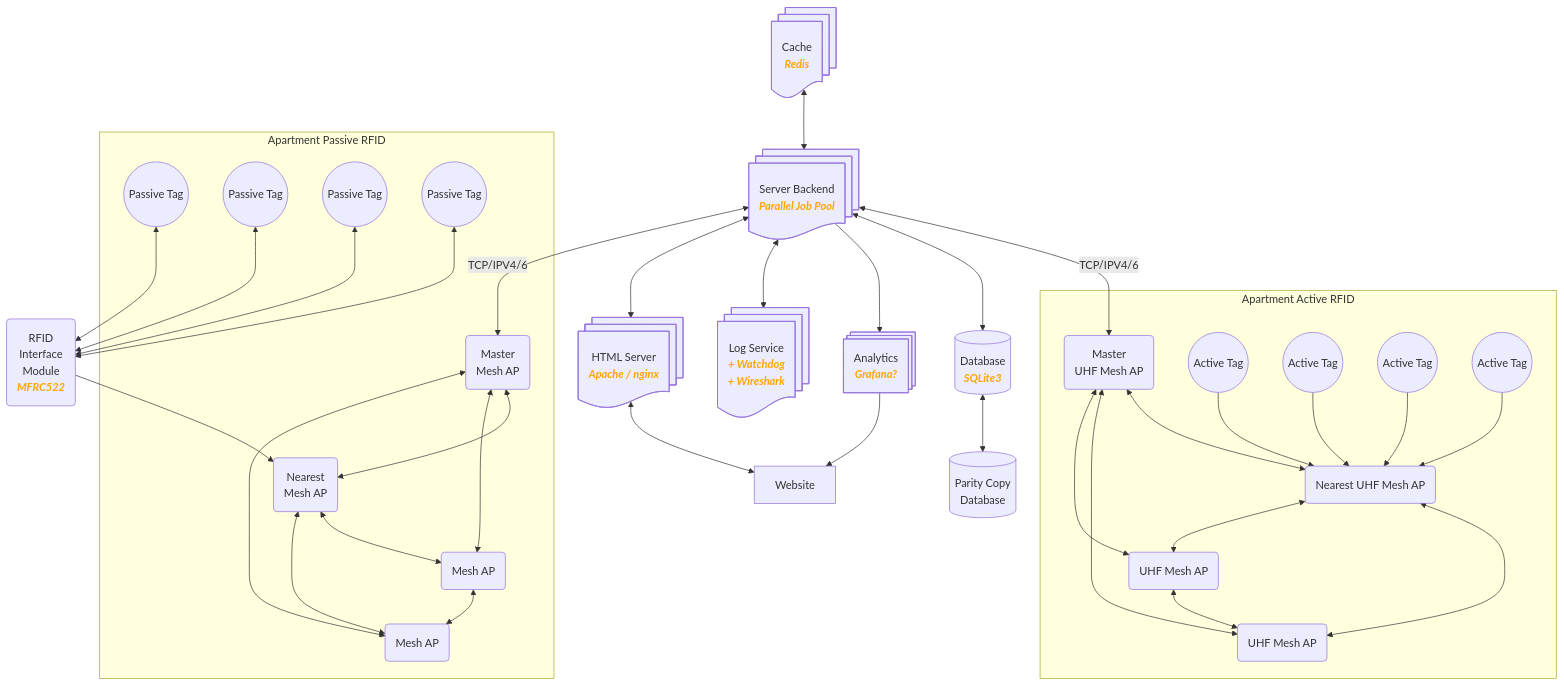
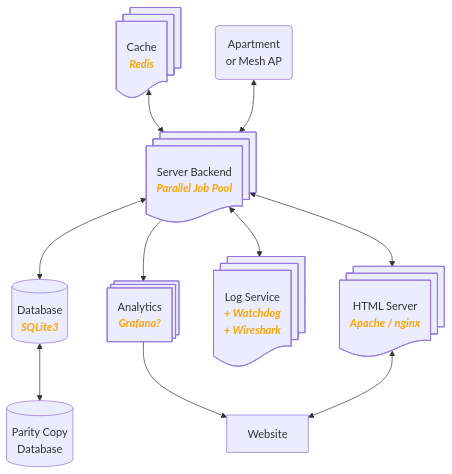
One commit to Rackhamn/iot_arch_project1 changed the first of 7 diagrams in README.md. Above: the diagram before and after it, drawn with Mermaid.

Commit message:
Split Apartments from Server Arch

````diff
--- a/README.md
+++ b/README.md
@@ -51,61 +51,16 @@
 ```mermaid
 graph TD
     ServerCache@{ shape: docs, label: "Cache<br/><p style="color: orange;"><b><i>Redis</i></b></p>" } <--> Server
-    Server@{ shape: docs, label: "Server Backend<br/><p style="color: orange;"><b><i>Parallel Job Pool</i></b></p>" } <--> |TCP/IPV4/6| Master
-    Server <--> |TCP/IPV4/6| Master2
+    Server@{ shape: docs, label: "Server Backend<br/><p style="color: orange;"><b><i>Parallel Job Pool</i></b></p>" }
     Server <--> DB@{ shape: cyl, label: "Database<br/><p style="color: orange;"><b><i>SQLite3</i></b></p>" }
     Server --> Anal@{ shape: processes, label: "Analytics<br/><p style="color: orange;"><b><i>Grafana?</i></b></p>" }
     DB <--> BD2@{ shape: cyl, label: "Parity Copy<br/>Database" }
 
     Anal --> Website[Website]
     %% Website <--> User@{ shape: hex, label: "User<br/><p style="color: orange;"><b><i>APT Owner</i></b></p>"}
 
     Server <--> Logger@{ shape: docs, label: "Log Service<br/><p style="color: orange;"><b><i>+ Watchdog<br/>+ Wireshark</i></b></p>" }
     Server <--> ServerHTML@{ shape: docs, label: "HTML Server<br/><p style="color: orange;"><b><i>Apache / nginx</i></b></p>" }
     ServerHTML <--> Website
-    
-    Master <--> MESH_AP1(Nearest UHF Mesh AP)
-    Master <--> MESH_AP2(UHF Mesh AP)
-    Master <--> MESH_AP3(UHF Mesh AP)
-    MESH_AP1 <--> MESH_AP2
-    MESH_AP1 <--> MESH_AP3
-    MESH_AP3 <--> MESH_AP2
-    A1((Active Tag)) --> MESH_AP1
-    A2((Active Tag)) --> MESH_AP1
-    A3((Active Tag)) --> MESH_AP1
-    A4((Active Tag)) --> MESH_AP1
-    subgraph Apartment Active RFID
-        Master(Master<br/>UHF Mesh AP)
-        A1
-        A2
-        A3
-        A4
-        MESH_AP1
-        MESH_AP2
-        MESH_AP3
-    end
-
-  Master2 <--> Mesh2_1
-  Master2 <--> Mesh2_2
-  Master2 <--> Mesh2_3
-  Mesh2_1 <--> Mesh2_2
-  Mesh2_2 <--> Mesh2_3
-  Mesh2_3 <--> Mesh2_1
-  PT1 <--> Reader
-  PT2 <--> Reader
-  PT3 <--> Reader
-  PT4 <--> Reader
-
-  %% Housekeeping@{ shape: hex, label: "Housekeeping<br/><p style="color: orange;"><b><i>Security</i></b></p>"} --> Reader
-  Reader(RFID<br/>Interface<br/>Module<br/><p style="color: orange;"><b><i>MFRC522</i></b></p>) --> Mesh2_1
-  subgraph Apartment Passive RFID
-      Master2(Master<br/>Mesh AP)
-      Mesh2_1(Nearest<br/>Mesh AP)
-      Mesh2_2(Mesh AP)
-      Mesh2_3(Mesh AP)
-      PT1((Passive Tag))
-      PT2((Passive Tag))
-      PT3((Passive Tag))
-      PT4((Passive Tag))
-    end
+    Apartment(Apartment<br/>or Mesh AP) <--> Server
 ```
````
